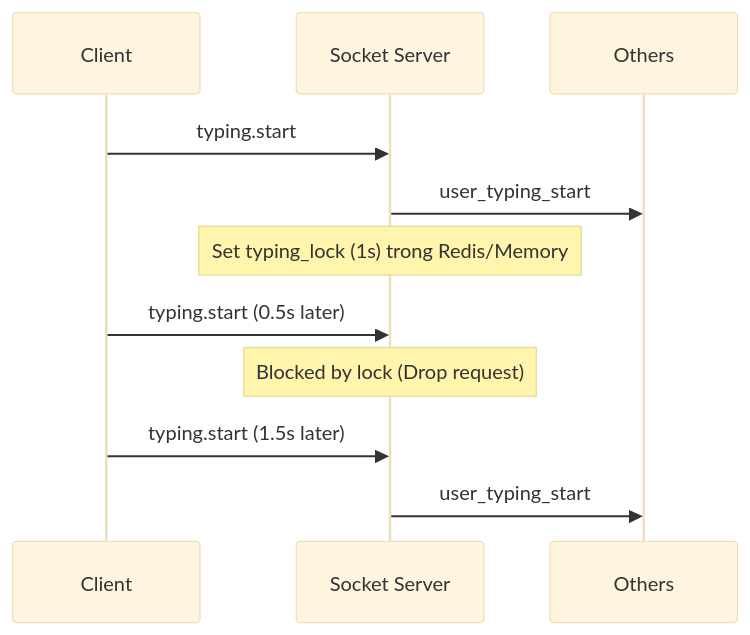
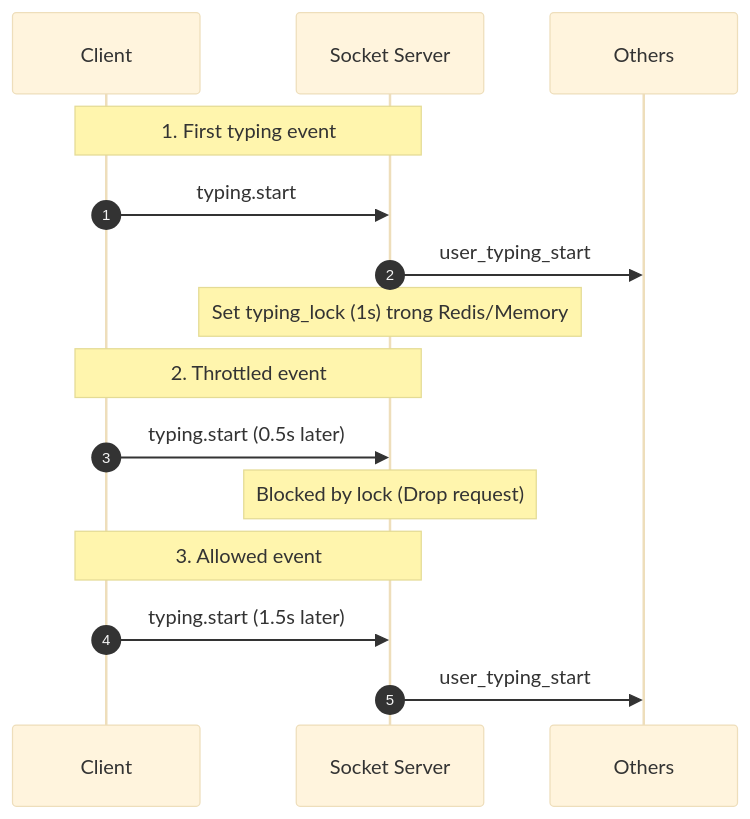
The third of 3 diagrams in docs/presence.md (dinhhoang235/Chat-App), drawn with Mermaid (base theme) before and after one commit. The commit also changed other lines of this file and 12 other files, not shown here.

Commit message:
docs: enhance sequence diagrams with detailed notes for various features

````diff
--- a/docs/presence.md
+++ b/docs/presence.md
@@ -61,14 +68,20 @@
 ```mermaid
 sequenceDiagram
+  autonumber
   participant C as Client
   participant WS as Socket Server
   participant O as Others
   
+  Note over C,WS: 1. First typing event
   C->>WS: typing.start
   WS->>O: user_typing_start
   Note over WS: Set typing_lock (1s) trong Redis/Memory
+
+  Note over C,WS: 2. Throttled event
   C->>WS: typing.start (0.5s later)
   Note over WS: Blocked by lock (Drop request)
+
+  Note over C,WS: 3. Allowed event
   C->>WS: typing.start (1.5s later)
   WS->>O: user_typing_start
 ```
````
